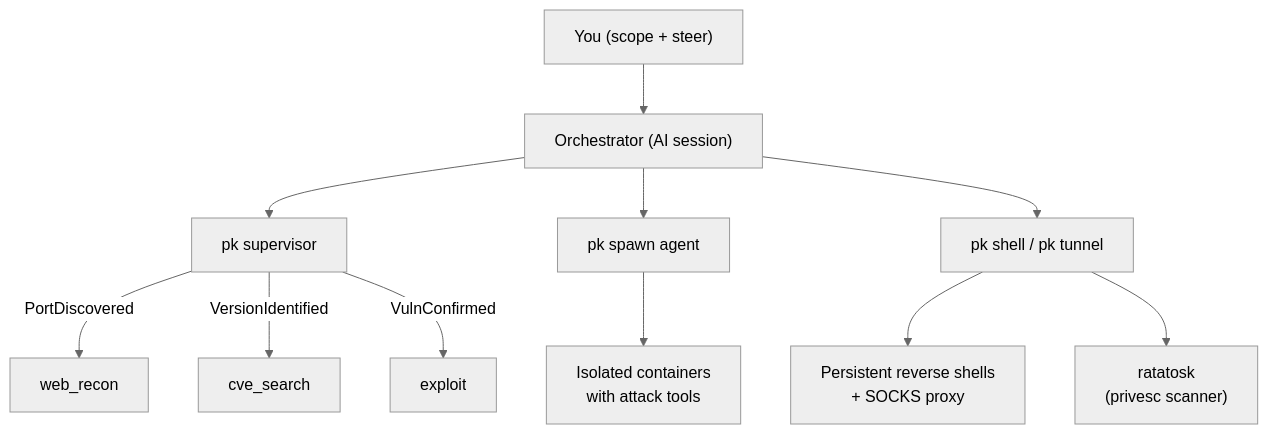
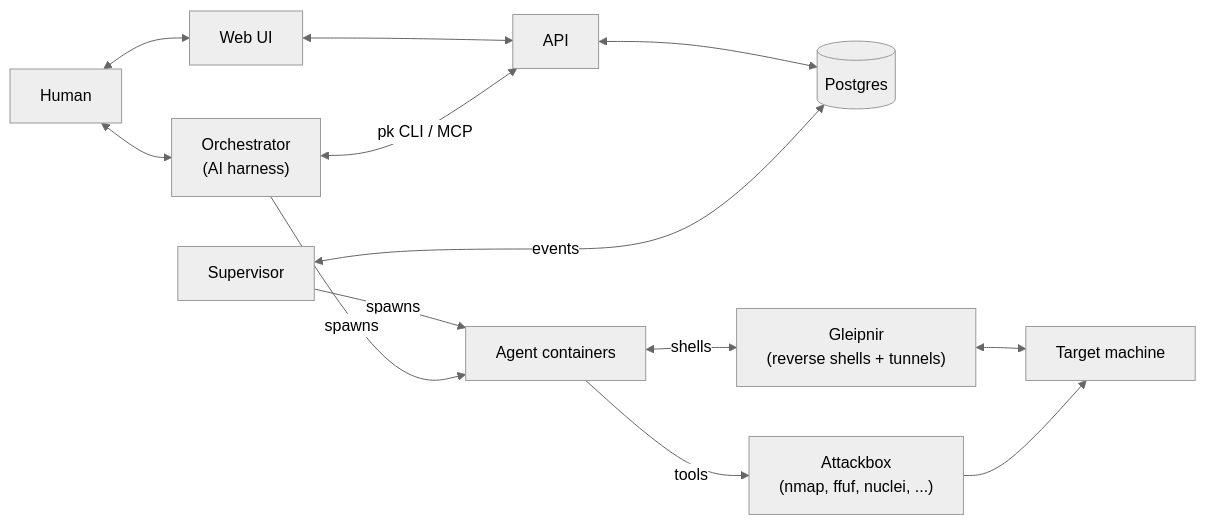
The diagram in README.md (Saturate/PromptKiddie), drawn with Mermaid (neutral theme) before and after one commit. The commit also changed other lines of this file and 1 other file, not shown here.

Commit message:
docs: add spec for removing dead inbox concept

````diff
--- a/README.md
+++ b/README.md
@@ -52,17 +52,20 @@
 ```mermaid
-graph TD
-    You["You (scope + steer)"] --> Orchestrator["Orchestrator (AI session)"]
+graph LR
+    Human["Human"] <--> WebUI["Web UI"]
+    Human <--> Orchestrator["Orchestrator<br>(AI harness)"]
 
-    Orchestrator --> Supervisor["pk supervisor"]
-    Orchestrator --> Agents["pk spawn agent"]
-    Orchestrator --> Gleipnir["pk shell / pk tunnel"]
+    WebUI <--> API
+    Orchestrator <-->|pk CLI / MCP| API
 
-    Supervisor --> |PortDiscovered| WebRecon["web_recon"]
-    Supervisor --> |VersionIdentified| CVESearch["cve_search"]
-    Supervisor --> |VulnConfirmed| Exploit["exploit"]
+    API <--> DB[(Postgres)]
+    Supervisor <-->|events| DB
 
-    Agents --> Containers["Isolated containers\nwith attack tools"]
+    Supervisor -->|spawns| Agents["Agent containers"]
+    Orchestrator -->|spawns| Agents
 
-    Gleipnir --> Shells["Persistent reverse shells\n+ SOCKS proxy"]
-    Gleipnir --> Ratatosk["ratatosk\n(privesc scanner)"]
+    Agents -->|tools| Tooling["Attackbox<br>(nmap, ffuf, nuclei, ...)"]
+    Agents <-->|shells| Gleipnir["Gleipnir<br>(reverse shells + tunnels)"]
+
+    Gleipnir <--> Target["Target machine"]
+    Tooling --> Target
 ```
````
